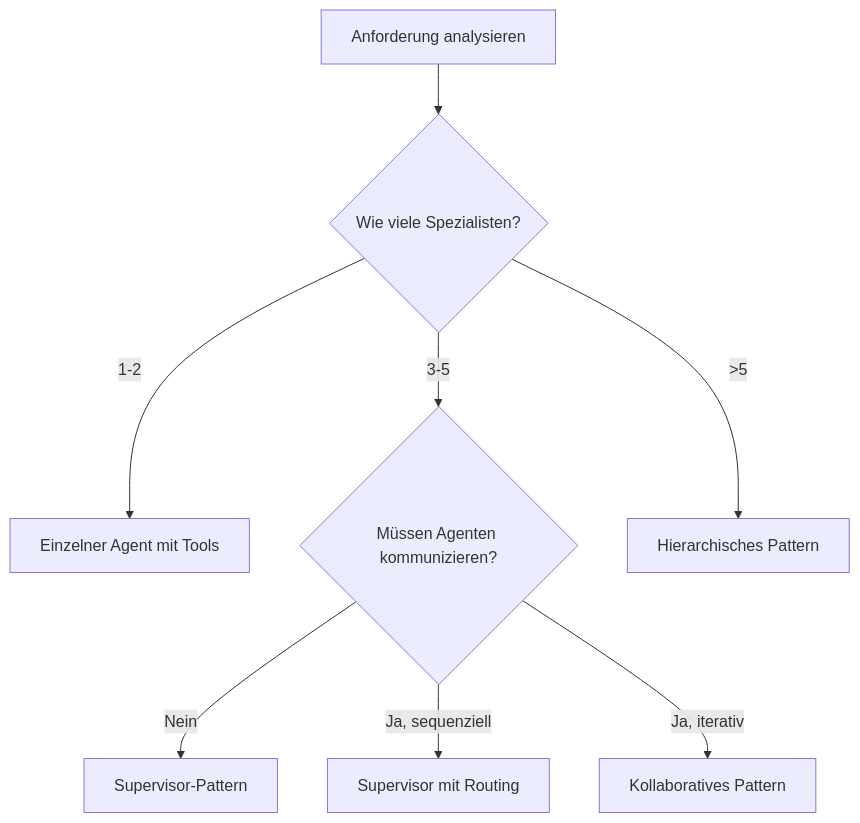
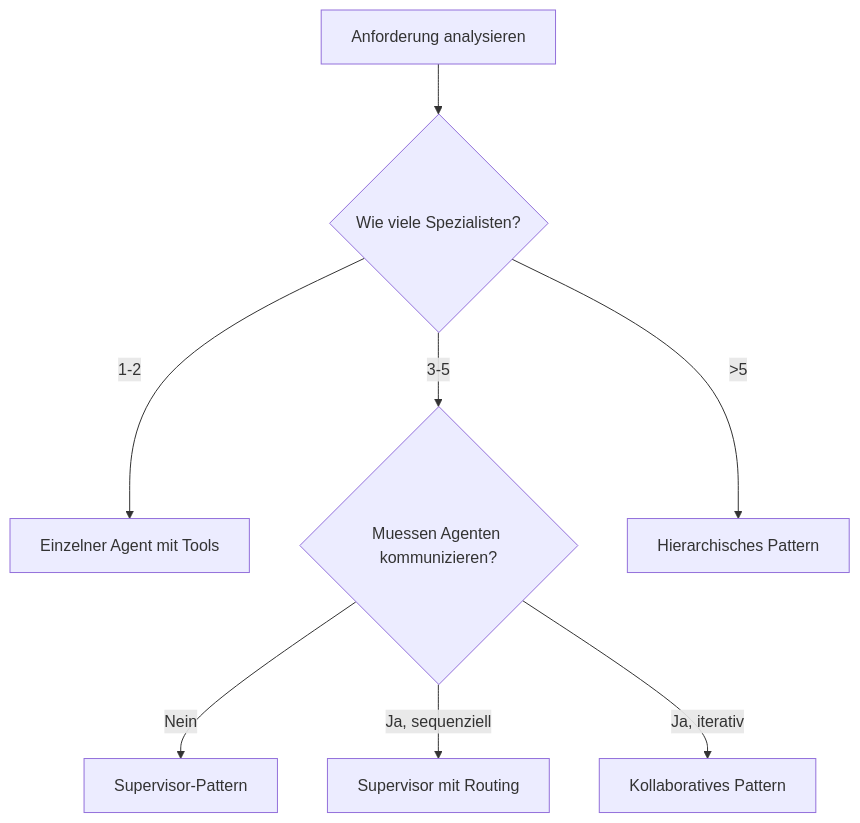
One commit to ralf-42/Agenten changed the seventh of 7 diagrams in docs/concepts/Multi_Agent_Systeme.md. Above: the diagram before and after it, drawn with Mermaid. The commit also changed other lines of this file, not shown here.

```diff
--- a/docs/concepts/Multi_Agent_Systeme.md
+++ b/docs/concepts/Multi_Agent_Systeme.md
@@ -528,11 +528,11 @@
 <div class="mermaid">
 flowchart TD
     A[Anforderung analysieren] --> B{Wie viele Spezialisten?}
     B -->|1-2| C[Einzelner Agent mit Tools]
-    B -->|3-5| D{Müssen Agenten kommunizieren?}
+    B -->|3-5| D{Muessen Agenten kommunizieren?}
     B -->|>5| E[Hierarchisches Pattern]
     
     D -->|Nein| F[Supervisor-Pattern]
     D -->|Ja, sequenziell| G[Supervisor mit Routing]
     D -->|Ja, iterativ| H[Kollaboratives Pattern]
 </div>
```
